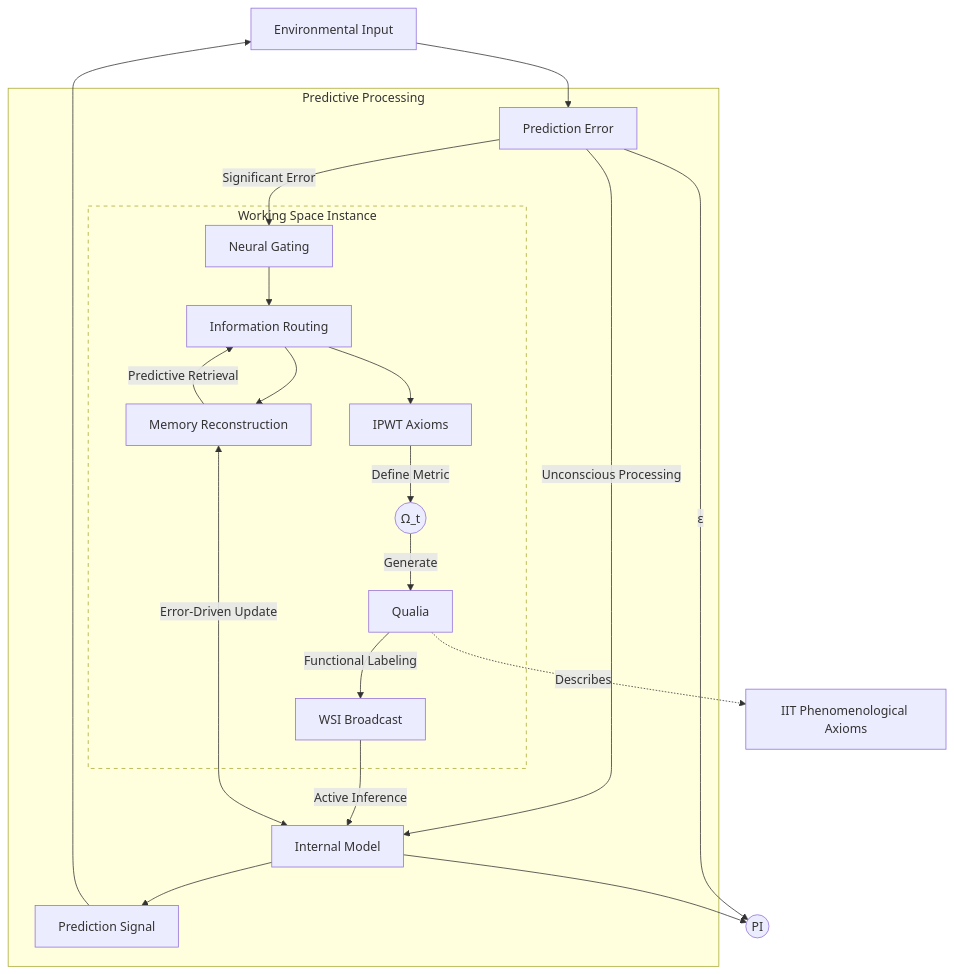
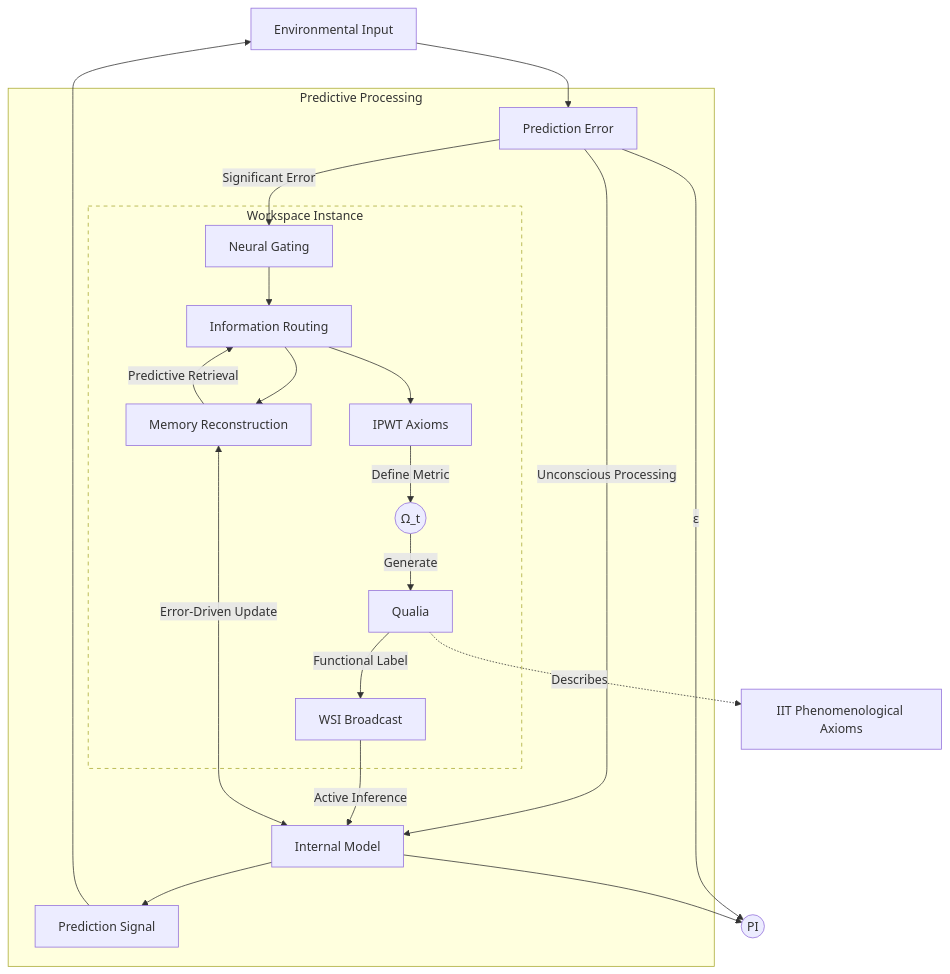
One commit to dmf-archive/IPWT changed the diagram in IPWT_en.md. Above: the diagram before and after it, drawn with Mermaid. The commit also changed other lines of this file and 2 other files, not shown here.

````diff
--- a/IPWT_en.md
+++ b/IPWT_en.md
@@ -106,42 +74,43 @@
 ```mermaid
 graph TD
 ENV[Environmental Input]
 
 subgraph PCT[Predictive Processing]
 PE[Prediction Error]
 IM[Internal Model]
 PS[Prediction Signal]
-  subgraph WSI[Working Space Instance]
+
+  subgraph WSI[Workspace Instance]
   style WSI stroke-dasharray: 5 5
   NG[Neural Gating]
   IR[Information Routing]
   MR[Memory Reconstruction]
   AXI[IPWT Axioms]
   INT(("Ω_t"))
   QUA[Qualia]
   BCST[WSI Broadcast]
   end
 end
 
 ENV --> PE
 PE -->|Unconscious Processing| IM
 IM --> PS
 PS --> ENV
 PE -->|ε| PI(("PI"))
 IM --> PI
 
 PE -->|Significant Error| NG
 NG --> IR
 IR --> AXI
 AXI -->|Define Metric| INT
 INT -->|Generate| QUA
-QUA -->|Functional Labeling| BCST
+QUA -->|Functional Label| BCST
 
 IR --> MR
 MR -->|Predictive Retrieval| IR
 BCST -->|Active Inference| IM
 MR <-->|Error-Driven Update| IM
 
 IIT[IIT Phenomenological Axioms]:::iit
 QUA -. Describes .-> IIT
 ```
````
